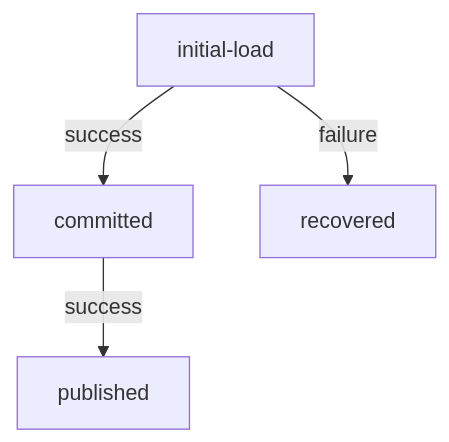
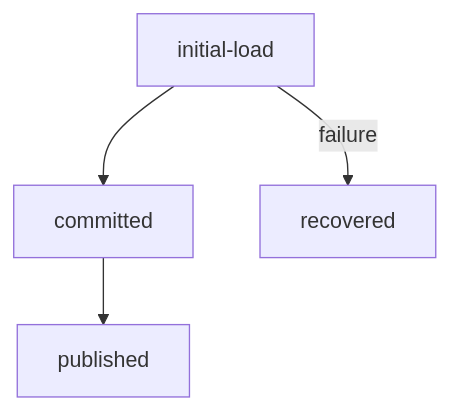
The third of 5 diagrams in docs/operations/samples/blueprint-review-projection.valid.md (sqsqsq/agent-maison), drawn with Mermaid before and after one commit. The commit also changed other lines of this file and 16 other files, not shown here.

Commit message:
fix: complete blueprint review rendering and sequence diagrams

````diff
--- a/docs/operations/samples/blueprint-review-projection.valid.md
+++ b/docs/operations/samples/blueprint-review-projection.valid.md
@@ -501,10 +519,10 @@
 ```mermaid
 flowchart TD
   p1["initial-load"]
   p2["committed"]
   p3["published"]
   p4["recovered"]
-  p1 -->|success| p2
-  p2 -->|success| p3
+  p1 --> p2
+  p2 --> p3
   p1 -->|failure| p4
 ```
````
